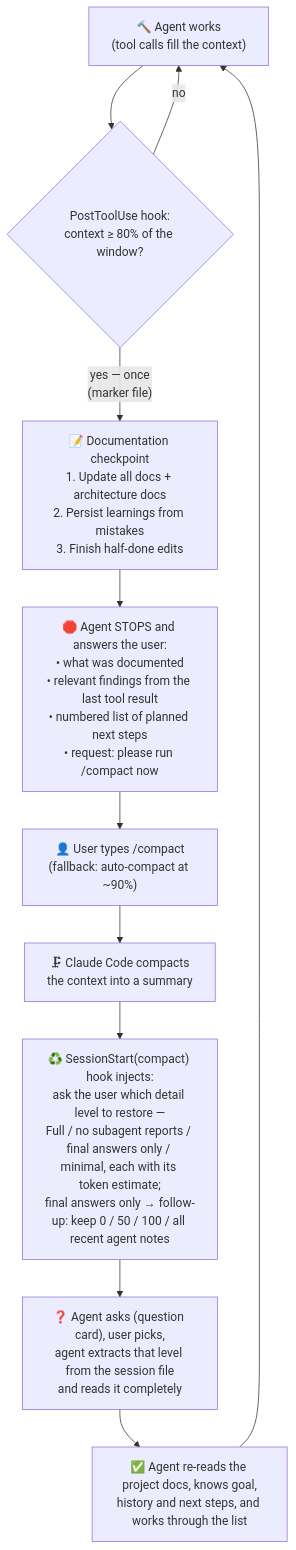
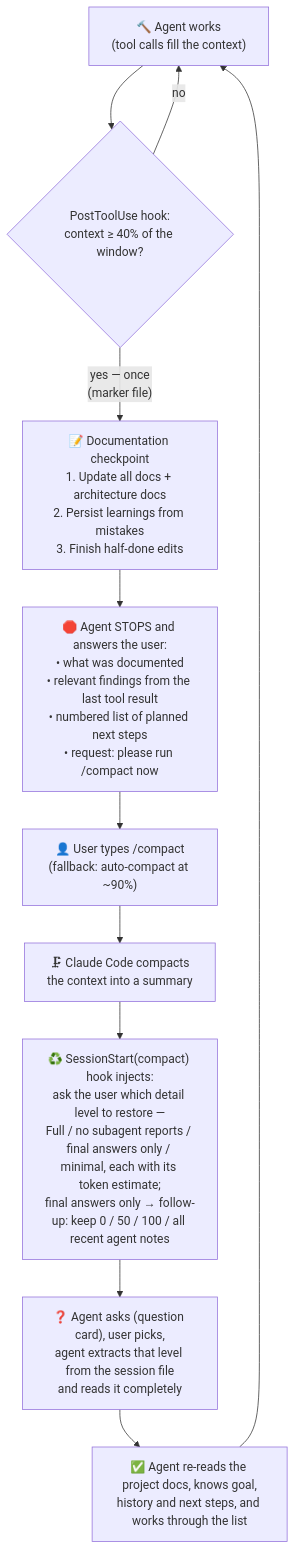
The diagram in docs/context-cycle.md (hafnera/context-cycle), drawn with Mermaid before and after one commit. The commit also changed other lines of this file and 6 other files, not shown here.

````diff
--- a/docs/context-cycle.md
+++ b/docs/context-cycle.md
@@ -30,13 +30,13 @@
 ```mermaid
 flowchart TD
-    A["🔨 Agent works<br/>(tool calls fill the context)"] --> B{"PostToolUse hook:<br/>context ≥ 80% of the window?"}
+    A["🔨 Agent works<br/>(tool calls fill the context)"] --> B{"PostToolUse hook:<br/>context ≥ 40% of the window?"}
     B -- "no" --> A
     B -- "yes — once<br/>(marker file)" --> C["📝 Documentation checkpoint<br/>1. Update all docs + architecture docs<br/>2. Persist learnings from mistakes<br/>3. Finish half-done edits"]
     C --> D["🛑 Agent STOPS and answers the user:<br/>• what was documented<br/>• relevant findings from the last tool result<br/>• numbered list of planned next steps<br/>• request: please run /compact now"]
     D --> E["👤 User types /compact<br/>(fallback: auto-compact at ~90%)"]
     E --> F["🗜 Claude Code compacts<br/>the context into a summary"]
     F --> G["♻️ SessionStart(compact) hook injects:<br/>ask the user which detail level to restore —<br/>Full / no subagent reports / final answers only / minimal, each with its token estimate;<br/>final answers only → follow-up: keep 0 / 50 / 100 / all recent agent notes"]
     G --> H["❓ Agent asks (question card), user picks,<br/>agent extracts that level from the session file<br/>and reads it completely"]
     H --> I["✅ Agent re-reads the project docs, knows goal,<br/>history and next steps, and works through the list"]
     I --> A
 ```
````
